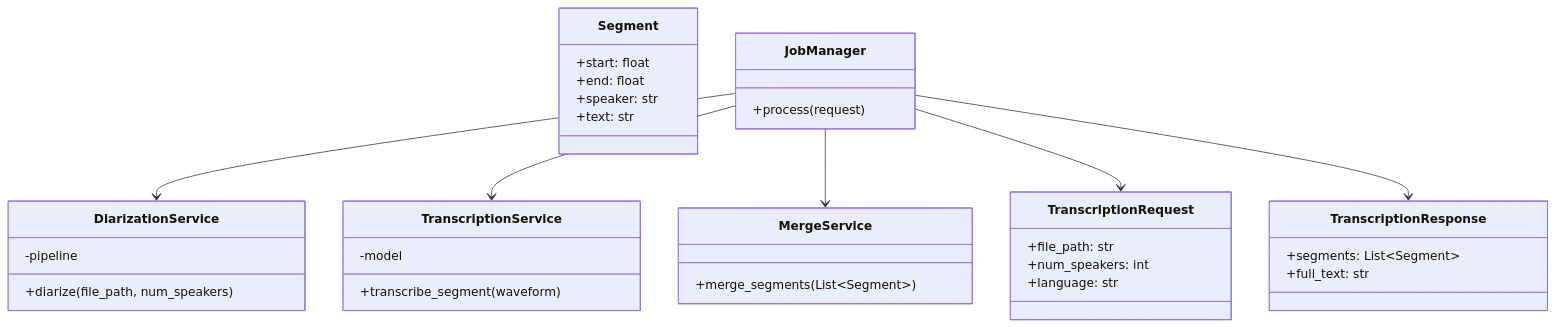
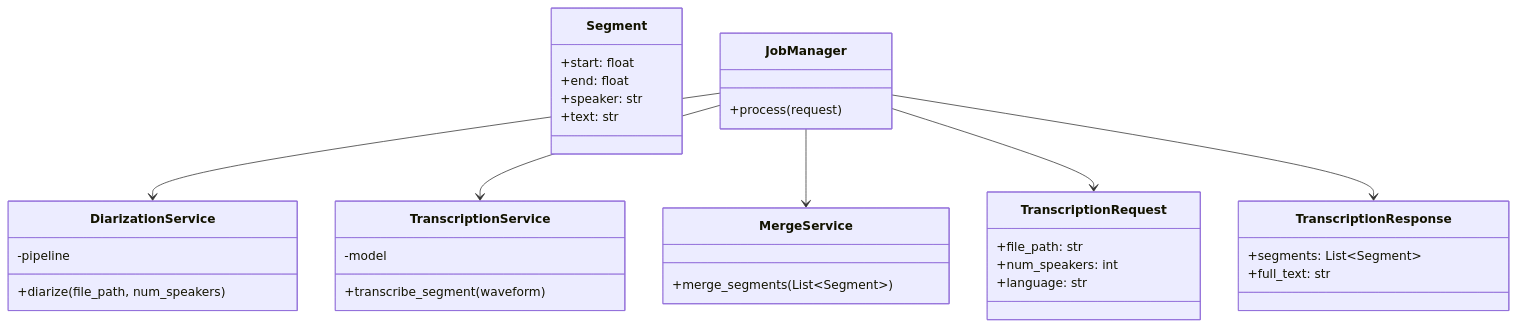
One commit to MartinPapic/electron-diarization-transcription changed the second of 3 diagrams in README.md. Above: the diagram before and after it, drawn with Mermaid. The commit also changed other lines of this file, not shown here.

````diff
--- a/README.md
+++ b/README.md
@@ -165,89 +84,45 @@
-```mermaid
-
+``` mermaid
 classDiagram
 
-
-
 class TranscriptionRequest {
-
-&nbsp;   +file\_path: str
-
-&nbsp;   +num\_speakers: int
-
-&nbsp;   +language: str
-
+    +file_path: str
+    +num_speakers: int
+    +language: str
 }
 
-
-
 class TranscriptionResponse {
-
-&nbsp;   +segments: List~Segment~
-
-&nbsp;   +full\_text: str
-
+    +segments: List~Segment~
+    +full_text: str
 }
 
-
-
 class Segment {
-
-&nbsp;   +start: float
-
-&nbsp;   +end: float
-
-&nbsp;   +speaker: str
-
-&nbsp;   +text: str
-
+    +start: float
+    +end: float
+    +speaker: str
+    +text: str
 }
 
-
-
 class DiarizationService {
-
-&nbsp;   -pipeline
-
-&nbsp;   +diarize(file\_path, num\_speakers)
-
+    -pipeline
+    +diarize(file_path, num_speakers)
 }
 
-
-
 class TranscriptionService {
-
-&nbsp;   -model
-
-&nbsp;   +transcribe\_segment(waveform)
-
+    -model
+    +transcribe_segment(waveform)
 }
 
-
-
 class MergeService {
-
-&nbsp;   +merge\_segments(List~Segment~)
-
+    +merge_segments(List~Segment~)
 }
 
-
-
 class JobManager {
-
-&nbsp;   +process(request)
-
+    +process(request)
 }
 
-
-
 JobManager --> DiarizationService
-
 JobManager --> TranscriptionService
-
 JobManager --> MergeService
-
 JobManager --> TranscriptionRequest
-
 JobManager --> TranscriptionResponse
-
 ```
````
